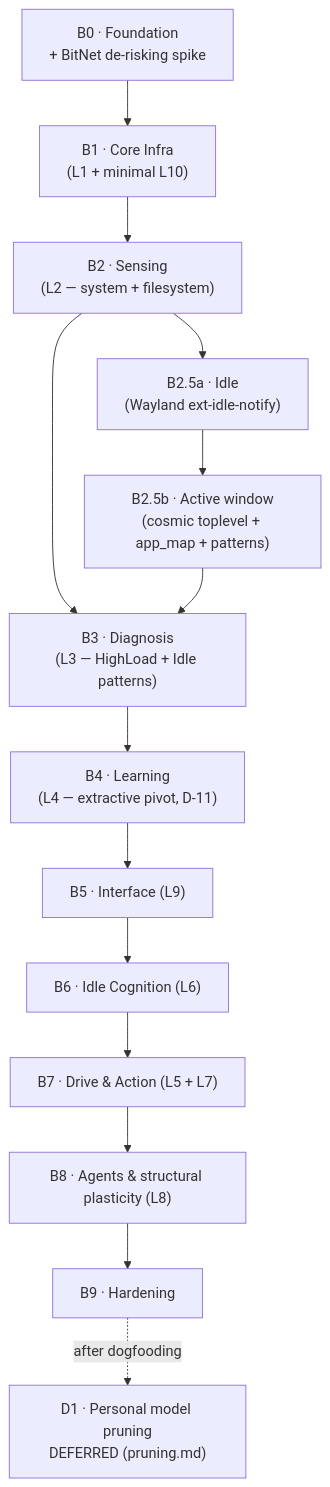
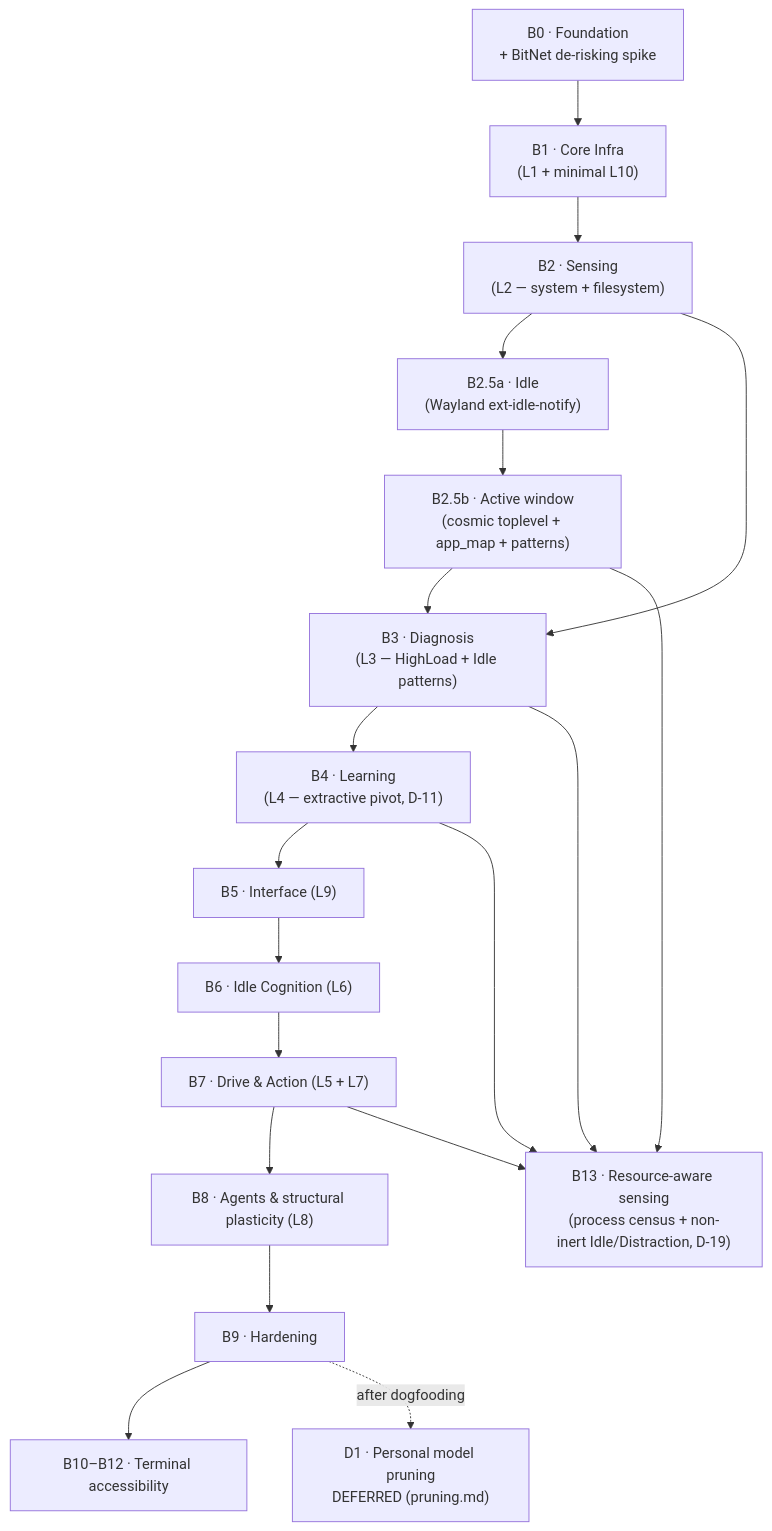
The second of 2 diagrams in phases.md (bhanot-99/NeuroPACA), drawn with Mermaid before and after one commit. The commit also changed other lines of this file and 29 other files, not shown here.

````diff
--- a/phases.md
+++ b/phases.md
@@ -39,16 +39,21 @@
 ```mermaid
 flowchart TD
     B0["B0 · Foundation<br/>+ BitNet de-risking spike"] --> B1["B1 · Core Infra<br/>(L1 + minimal L10)"]
     B1 --> B2["B2 · Sensing<br/>(L2 — system + filesystem)"]
     B2 --> B25a["B2.5a · Idle<br/>(Wayland ext-idle-notify)"]
     B25a --> B25b["B2.5b · Active window<br/>(cosmic toplevel + app_map + patterns)"]
     B2 --> B3["B3 · Diagnosis<br/>(L3 — HighLoad + Idle patterns)"]
     B25b --> B3
     B3 --> B4["B4 · Learning<br/>(L4 — extractive pivot, D-11)"]
     B4 --> B5["B5 · Interface (L9)"]
     B5 --> B6["B6 · Idle Cognition (L6)"]
     B6 --> B7["B7 · Drive & Action (L5 + L7)"]
     B7 --> B8["B8 · Agents & structural plasticity (L8)"]
     B8 --> B9["B9 · Hardening"]
+    B9 --> B10["B10–B12 · Terminal accessibility"]
+    B3 --> B13["B13 · Resource-aware sensing<br/>(process census + non-inert Idle/Distraction, D-19)"]
+    B25b --> B13
+    B4 --> B13
+    B7 --> B13
     B9 -.->|after dogfooding| D1["D1 · Personal model pruning<br/>DEFERRED (pruning.md)"]
 ```
````
